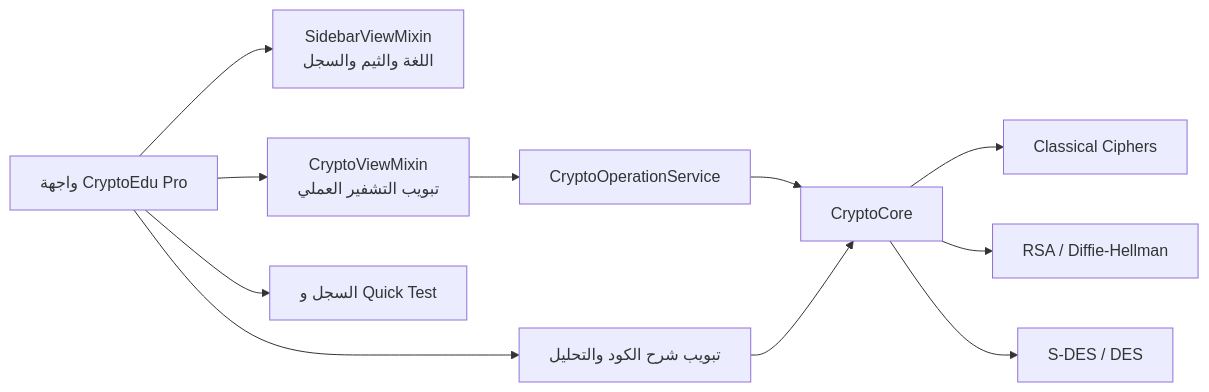
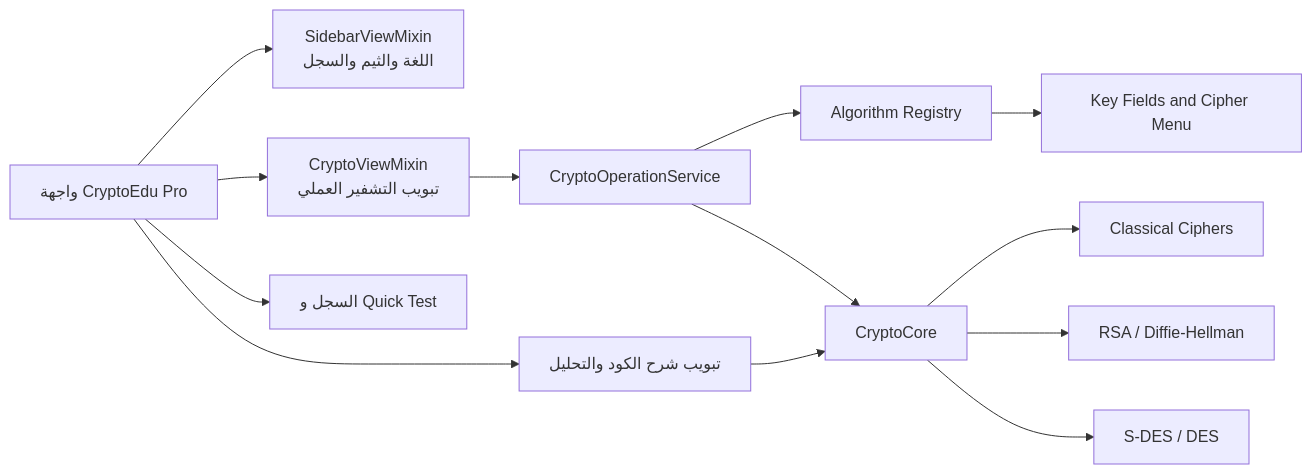
The diagram in README.md (Dev-KAIDO/CryptoEdu-Pro), drawn with Mermaid before and after one commit. The commit also changed other lines of this file and 7 other files, not shown here.

Commit message:
feat: introduce algorithm registry

````diff
--- a/README.md
+++ b/README.md
@@ -243,13 +245,15 @@
 ```mermaid
 flowchart LR
     A[واجهة CryptoEdu Pro] --> B[SidebarViewMixin\nاللغة والثيم والسجل]
     A --> C[CryptoViewMixin\nتبويب التشفير العملي]
     A --> D[تبويب شرح الكود والتحليل]
     C --> E[CryptoOperationService]
+    E --> R[Algorithm Registry]
+    R --> K[Key Fields and Cipher Menu]
     E --> F[CryptoCore]
     F --> G[Classical Ciphers]
     F --> H[RSA / Diffie-Hellman]
     F --> I[S-DES / DES]
     D --> F
     A --> J[السجل و Quick Test]
 ```
````
